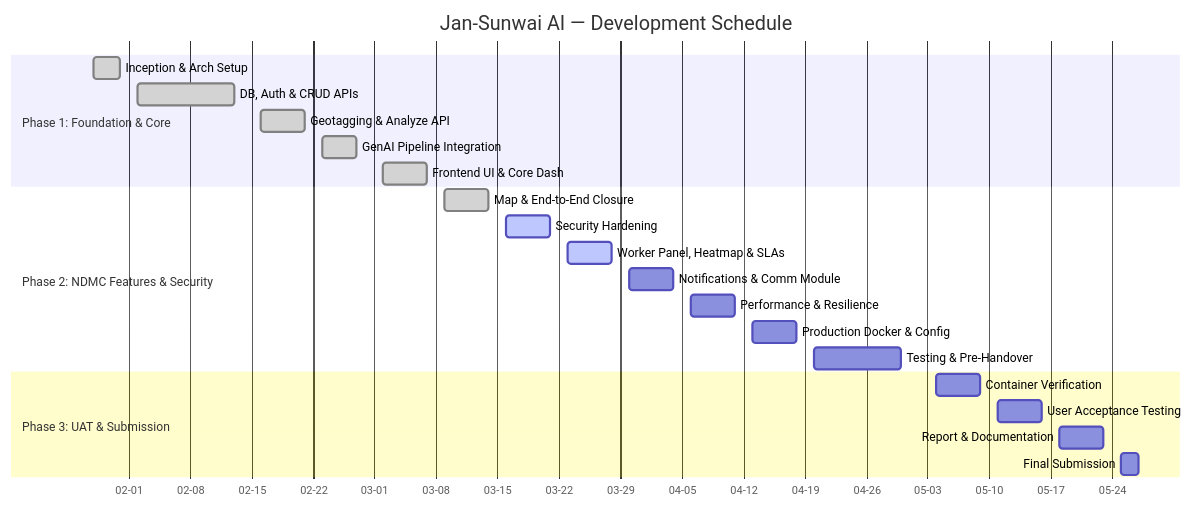
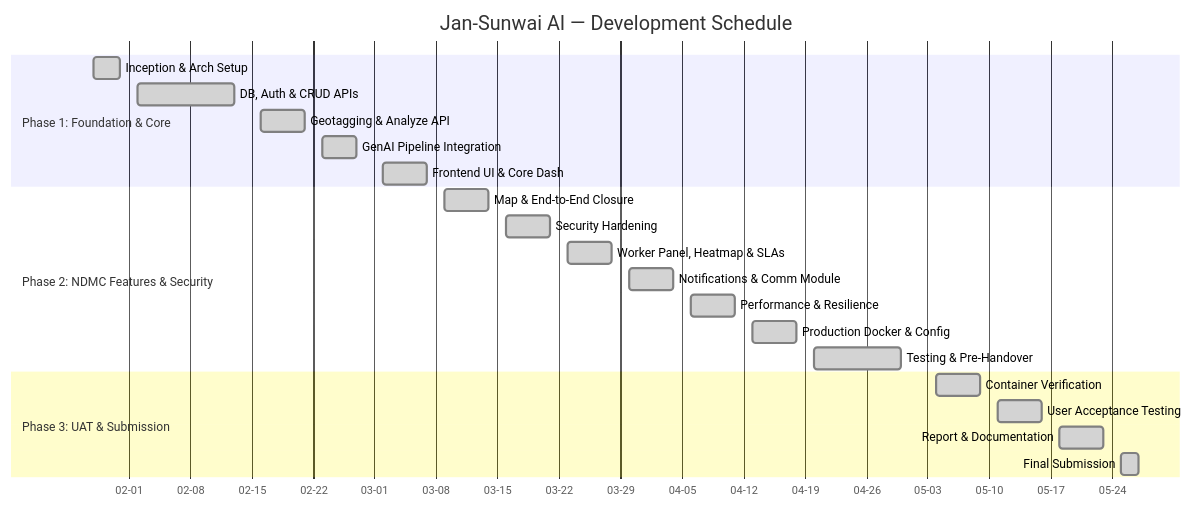
The first of 8 diagrams in docs/PROJECT_REPORT.md (ark5234/Jan-Sunwai-AI), drawn with Mermaid before and after one commit. The commit also changed other lines of this file and 1 other file, not shown here.

Commit message:
fix: Update deployment diagram in PROJECT_REPORT.md to correct VRAM notation and ensure accurate representation

````diff
--- a/docs/PROJECT_REPORT.md
+++ b/docs/PROJECT_REPORT.md
@@ -304,28 +304,28 @@
 ```mermaid
 gantt
     title Jan-Sunwai AI — Development Schedule
     dateFormat  YYYY-MM-DD
     axisFormat  %m-%d
 
     section Phase 1: Foundation & Core
     Inception & Arch Setup      :done, ph1a, 2026-01-28, 2026-01-31
     DB, Auth & CRUD APIs        :done, ph1b, 2026-02-02, 2026-02-13
     Geotagging & Analyze API    :done, ph1c, 2026-02-16, 2026-02-21
     GenAI Pipeline Integration  :done, ph1d, 2026-02-23, 2026-02-27
     Frontend UI & Core Dash     :done, ph1e, 2026-03-02, 2026-03-07
 
     section Phase 2: NDMC Features & Security
     Map & End-to-End Closure    :done, ph2a, 2026-03-09, 2026-03-14
-    Security Hardening          :active, ph2b, 2026-03-16, 2026-03-21
-    Worker Panel, Heatmap & SLAs:active, ph2c, 2026-03-23, 2026-03-28
-    Notifications & Comm Module :ph2d, 2026-03-30, 2026-04-04
-    Performance & Resilience    :ph2e, 2026-04-06, 2026-04-11
-    Production Docker & Config  :ph2f, 2026-04-13, 2026-04-18
-    Testing & Pre-Handover      :ph2g, 2026-04-20, 2026-04-30
+    Security Hardening          :done, ph2b, 2026-03-16, 2026-03-21
+    Worker Panel, Heatmap & SLAs:done, ph2c, 2026-03-23, 2026-03-28
+    Notifications & Comm Module :done, ph2d, 2026-03-30, 2026-04-04
+    Performance & Resilience    :done, ph2e, 2026-04-06, 2026-04-11
+    Production Docker & Config  :done, ph2f, 2026-04-13, 2026-04-18
+    Testing & Pre-Handover      :done, ph2g, 2026-04-20, 2026-04-30
 
     section Phase 3: UAT & Submission
-    Container Verification      :ph3a, 2026-05-04, 2026-05-09
-    User Acceptance Testing     :ph3b, 2026-05-11, 2026-05-16
-    Report & Documentation      :ph3c, 2026-05-18, 2026-05-23
-    Final Submission            :ph3d, 2026-05-25, 2026-05-27
+    Container Verification      :done, ph3a, 2026-05-04, 2026-05-09
+    User Acceptance Testing     :done, ph3b, 2026-05-11, 2026-05-16
+    Report & Documentation      :done, ph3c, 2026-05-18, 2026-05-23
+    Final Submission            :done, ph3d, 2026-05-25, 2026-05-27
 ```
````
